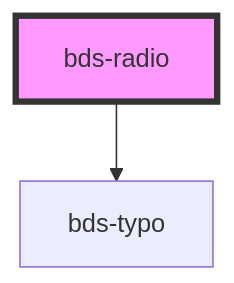
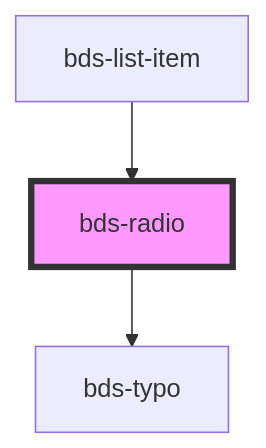
The diagram in src/components/radio/readme.md (takenet/blip-ds), drawn with Mermaid before and after one commit. The commit also changed other lines of this file and 12 other files, not shown here.

````diff
--- a/src/components/radio/readme.md
+++ b/src/components/radio/readme.md
@@ -59,5 +63,6 @@
 ```mermaid
 graph TD;
   bds-radio --> bds-typo
+  bds-list-item --> bds-radio
   style bds-radio fill:#f9f,stroke:#333,stroke-width:4px
 ```
````
